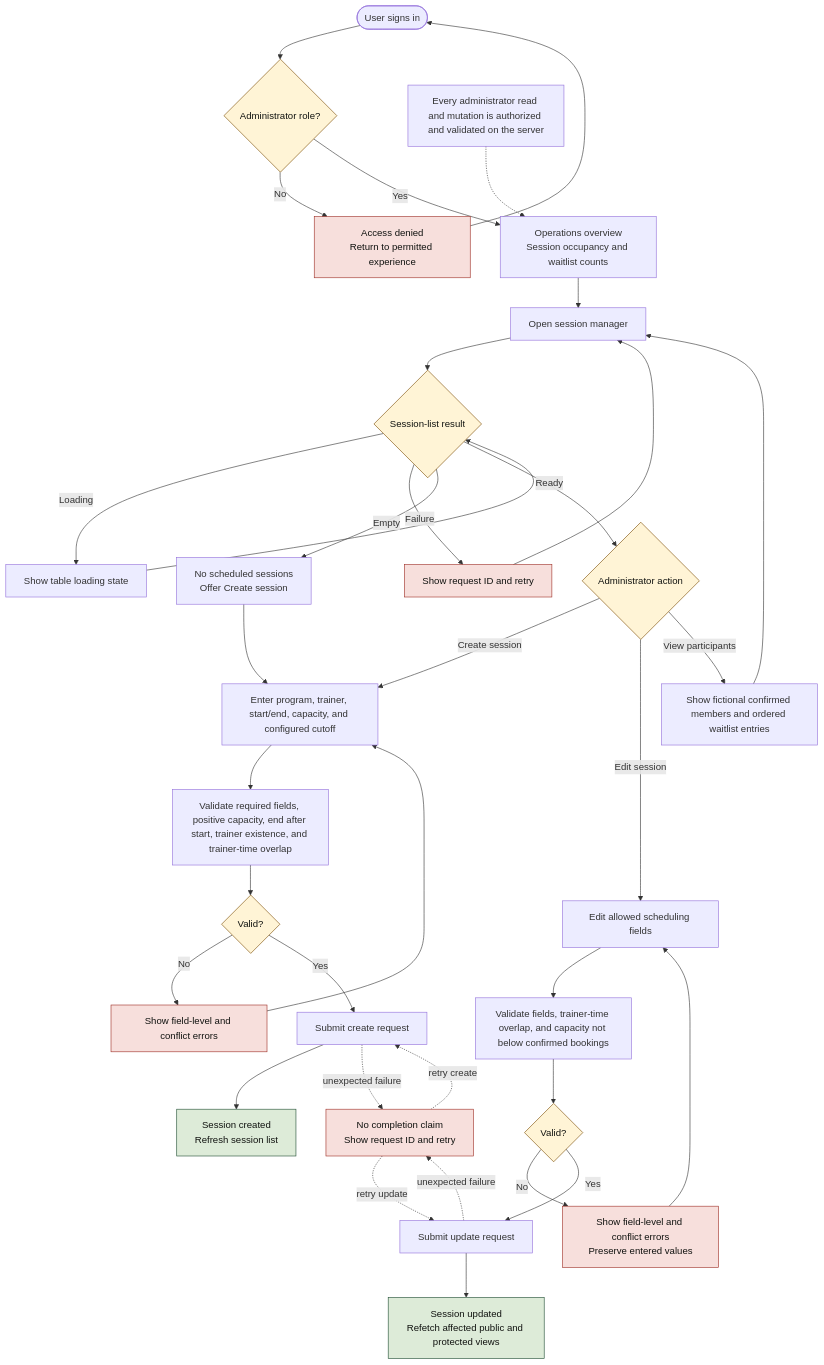
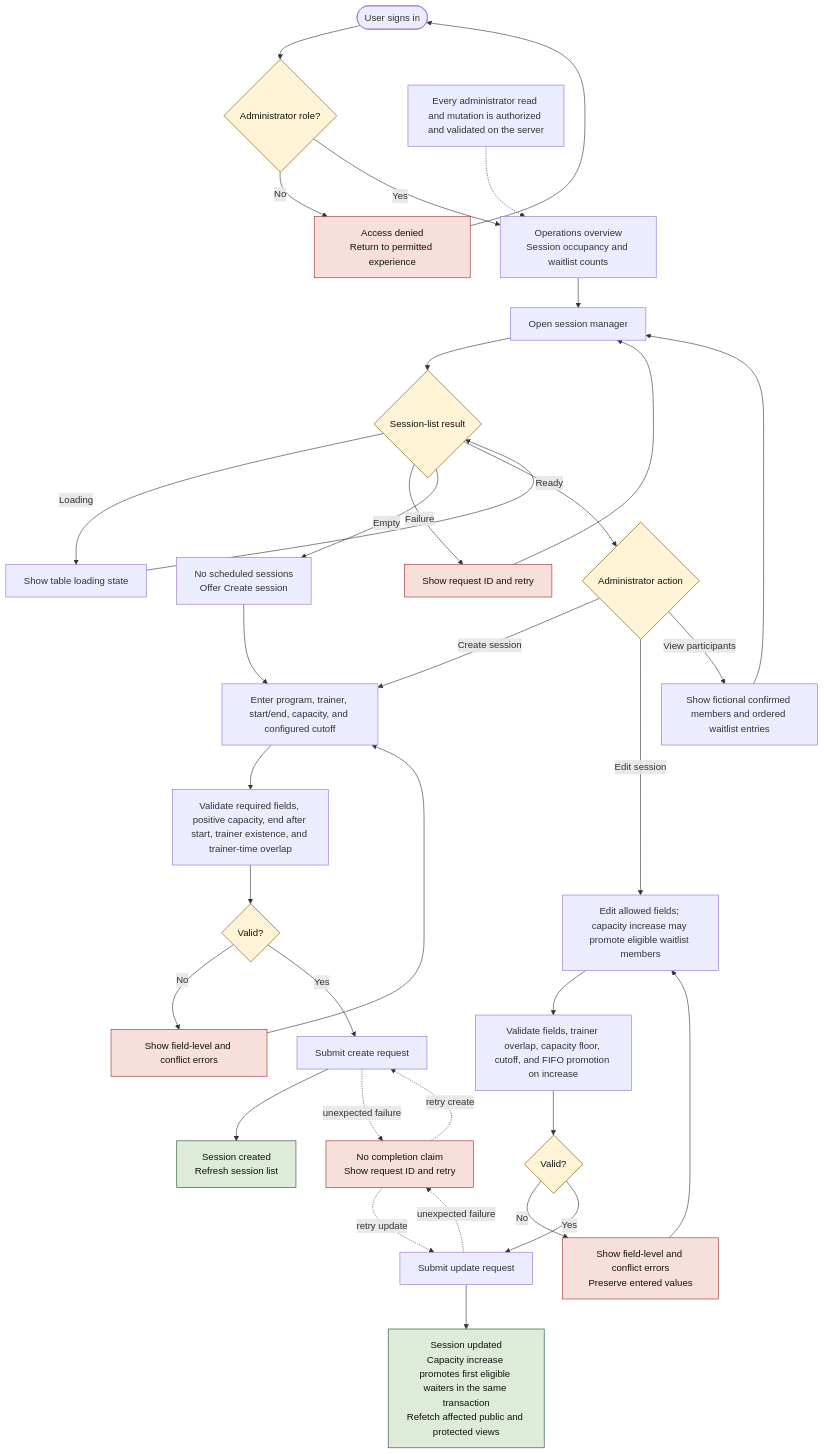
One commit to AqueosHeart/fitops changed the diagram in docs/design/user-flow-admin.mmd. Above: the diagram before and after it, drawn with Mermaid. The commit also changed 149 other files, not shown here.

```diff
--- a/docs/design/user-flow-admin.mmd
+++ b/docs/design/user-flow-admin.mmd
@@ -1,46 +1,46 @@
 flowchart TD
     classDef success fill:#DDEBD8,stroke:#1F4D32,color:#111310;
     classDef error fill:#F7DFDC,stroke:#9E2E25,color:#111310;
     classDef decision fill:#FFF4D6,stroke:#7A4B00,color:#111310;
 
     Start([User signs in]) --> Role{Administrator role?}
     Role -- No --> Forbidden["Access denied<br/>Return to permitted experience"]:::error --> Start
     Role -- Yes --> Overview["Operations overview<br/>Session occupancy and waitlist counts"]
     Overview --> Sessions[Open session manager]
     Sessions --> LoadState{Session-list result}
     LoadState -- Loading --> Loading[Show table loading state]
     Loading --> LoadState
     LoadState -- Failure --> Retry[Show request ID and retry]:::error
     Retry --> Sessions
     LoadState -- Empty --> Empty["No scheduled sessions<br/>Offer Create session"]
     LoadState -- Ready --> Action{Administrator action}
     Empty --> CreateForm
 
     Action -- Create session --> CreateForm["Enter program, trainer, start/end, capacity, and configured cutoff"]
     CreateForm --> ValidateCreate["Validate required fields, positive capacity, end after start, trainer existence, and trainer-time overlap"]
     ValidateCreate --> CreateValid{Valid?}
     CreateValid -- No --> CreateErrors[Show field-level and conflict errors]:::error
     CreateErrors --> CreateForm
     CreateValid -- Yes --> CreateSave[Submit create request]
     CreateSave --> Created["Session created<br/>Refresh session list"]:::success
 
-    Action -- Edit session --> EditForm[Edit allowed scheduling fields]
-    EditForm --> ValidateEdit["Validate fields, trainer-time overlap, and capacity not below confirmed bookings"]
+    Action -- Edit session --> EditForm["Edit allowed fields; capacity increase may promote eligible waitlist members"]
+    EditForm --> ValidateEdit["Validate fields, trainer overlap, capacity floor, cutoff, and FIFO promotion on increase"]
     ValidateEdit --> EditValid{Valid?}
     EditValid -- No --> EditErrors["Show field-level and conflict errors<br/>Preserve entered values"]:::error
     EditErrors --> EditForm
     EditValid -- Yes --> EditSave[Submit update request]
-    EditSave --> Updated["Session updated<br/>Refetch affected public and protected views"]:::success
+    EditSave --> Updated["Session updated<br/>Capacity increase promotes first eligible waiters in the same transaction<br/>Refetch affected public and protected views"]:::success
 
     Action -- View participants --> Participants[Show fictional confirmed members and ordered waitlist entries]
     Participants --> Sessions
 
     CreateSave -. unexpected failure .-> SaveFailure["No completion claim<br/>Show request ID and retry"]:::error
     EditSave -. unexpected failure .-> SaveFailure
     SaveFailure -. retry create .-> CreateSave
     SaveFailure -. retry update .-> EditSave
 
     AuthorityNote["Every administrator read and mutation is authorized and validated on the server"]
     AuthorityNote -.-> Overview
 
     class Role,LoadState,Action,CreateValid,EditValid decision;
```
